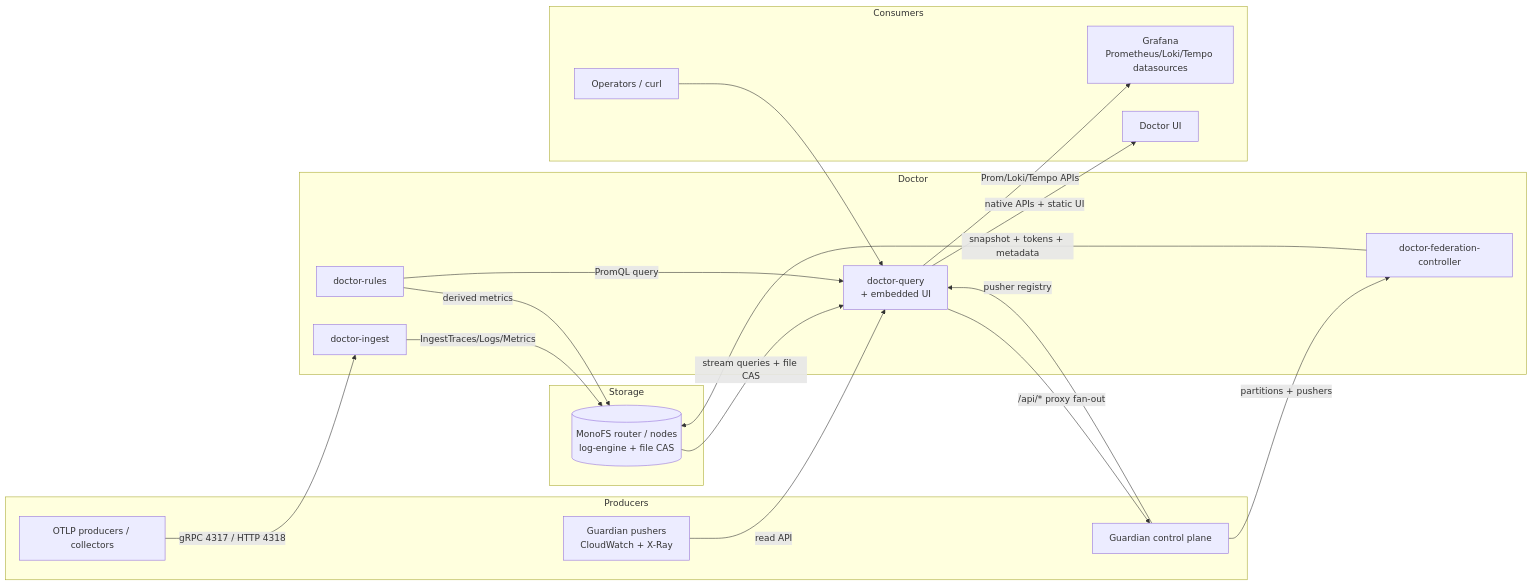
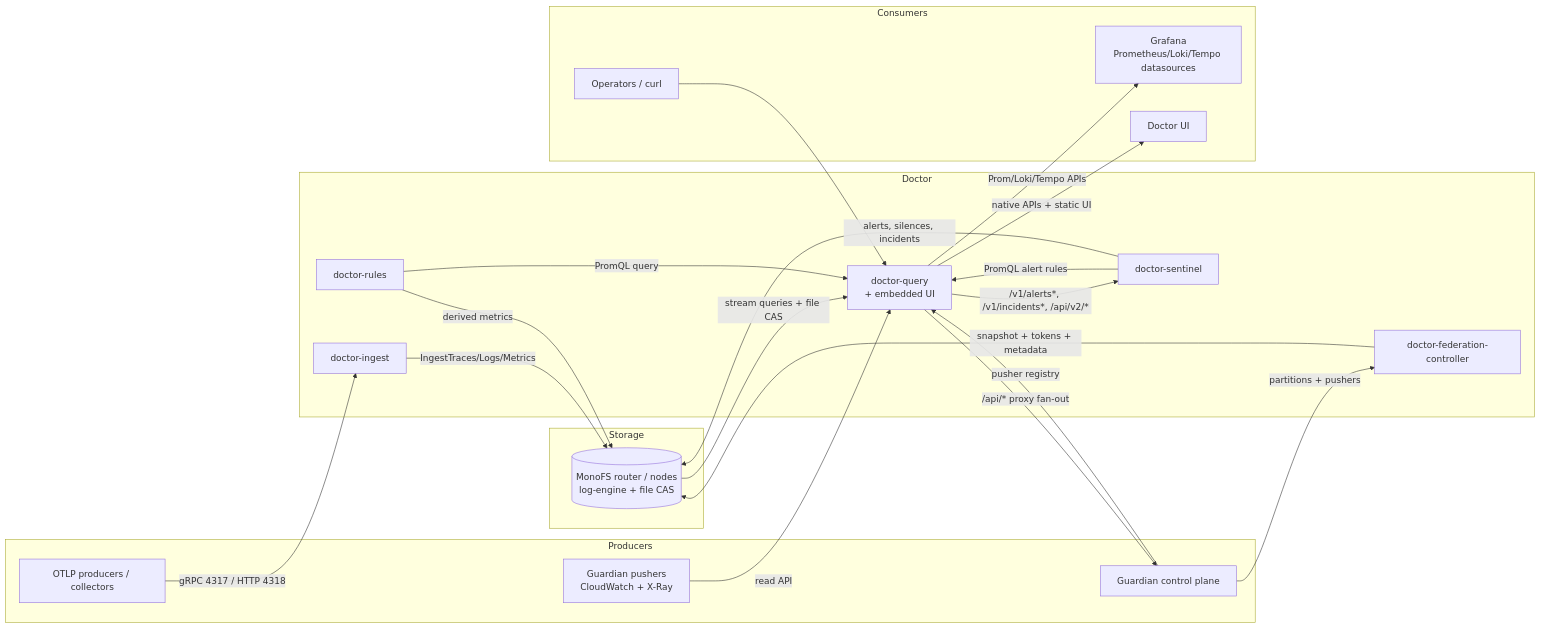
One commit to radryc/doctor changed the first of 3 diagrams in docs/architecture/overview.md. Above: the diagram before and after it, drawn with Mermaid. The commit also changed other lines of this file and 133 other files, not shown here.

````diff
--- a/docs/architecture/overview.md
+++ b/docs/architecture/overview.md
@@ -15,39 +15,43 @@
 ```mermaid
 flowchart LR
   subgraph Producers
     OTel[OTLP producers / collectors]
     G[Guardian pushers<br/>CloudWatch + X-Ray]
     GP[Guardian control plane]
   end
 
   subgraph Doctor
     ING[doctor-ingest]
     Q[doctor-query<br/>+ embedded UI]
     R[doctor-rules]
+    S[doctor-sentinel]
     FC[doctor-federation-controller]
   end
 
   subgraph Storage
     MF[(MonoFS router / nodes<br/>log-engine + file CAS)]
   end
 
   subgraph Consumers
     Graf[Grafana<br/>Prometheus/Loki/Tempo datasources]
     Browser[Doctor UI]
     Ops[Operators / curl]
   end
 
   OTel -->|gRPC 4317 / HTTP 4318| ING
   ING -->|IngestTraces/Logs/Metrics| MF
   MF -->|stream queries + file CAS| Q
   Q -->|Prom/Loki/Tempo APIs| Graf
   Q -->|native APIs + static UI| Browser
   Q -->|/api/* proxy fan-out| GP
   G -->|read API| Q
   GP -->|pusher registry| Q
   GP -->|partitions + pushers| FC
   FC -->|snapshot + tokens + metadata| MF
   R -->|PromQL query| Q
   R -->|derived metrics| MF
+  S -->|PromQL alert rules| Q
+  S -->|alerts, silences, incidents| MF
+  Q -->|/v1/alerts*, /v1/incidents*, /api/v2/*| S
   Ops --> Q
 ```
````
